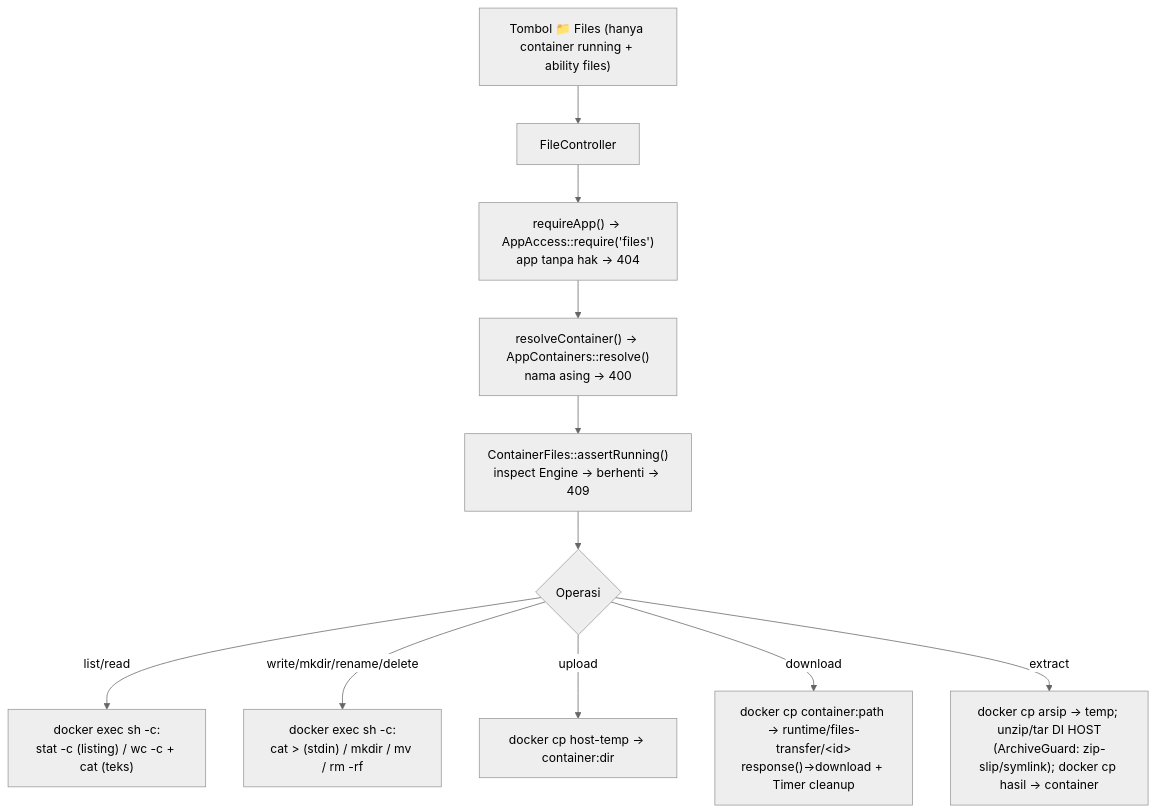
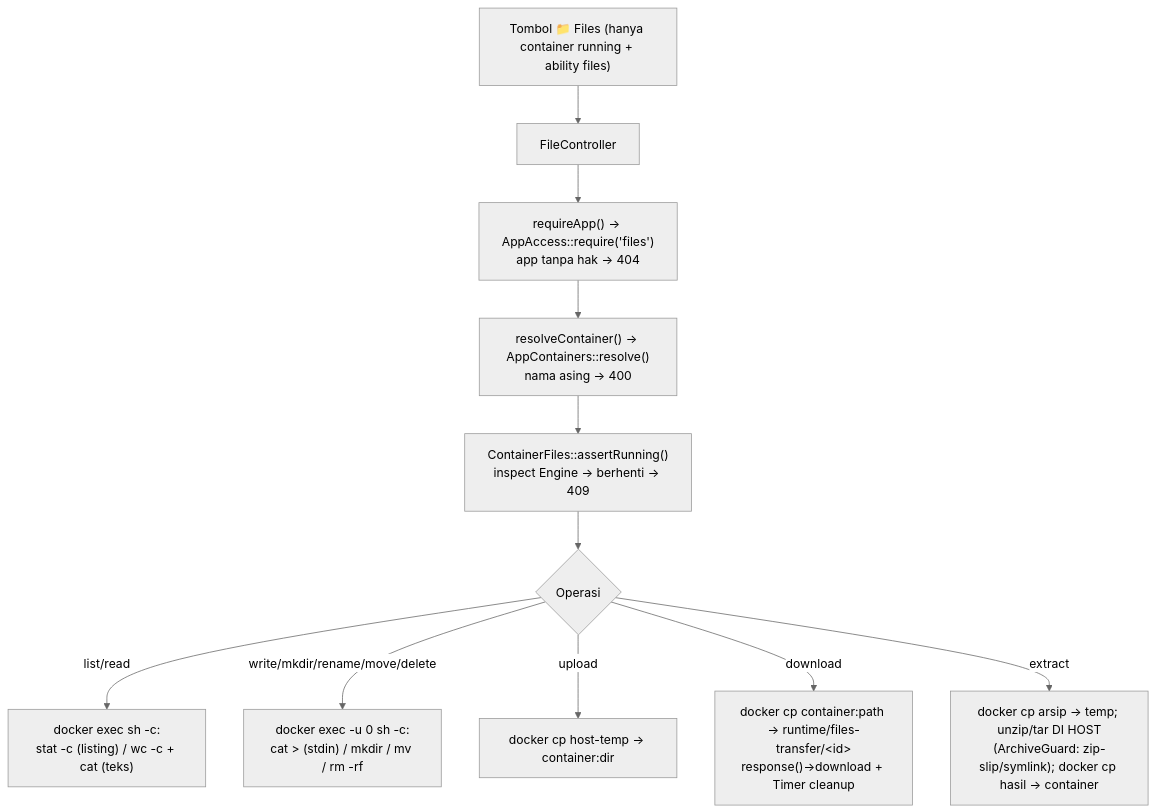
Before and after one commit to yllumi/rames: the sixth of 7 diagrams in ARCHITECTURE.md, drawn with Mermaid (neutral theme). The commit also changed other lines of this file and 39 other files, not shown here.

````diff
--- a/ARCHITECTURE.md
+++ b/ARCHITECTURE.md
@@ -666,13 +690,13 @@
 ```mermaid
 flowchart TD
     B["Tombol 📁 Files (hanya container running + ability files)"] --> C[FileController]
     C --> R["requireApp() → AppAccess::require('files')<br/>app tanpa hak → 404"]
     R --> RC["resolveContainer() → AppContainers::resolve()<br/>nama asing → 400"]
     RC --> G["ContainerFiles::assertRunning()<br/>inspect Engine → berhenti → 409"]
     G --> OP{Operasi}
     OP -- list/read --> E1["docker exec sh -c:<br/>stat -c (listing) / wc -c + cat (teks)"]
-    OP -- write/mkdir/rename/delete --> E2["docker exec sh -c:<br/>cat &gt; (stdin) / mkdir / mv / rm -rf"]
+    OP -- write/mkdir/rename/move/delete --> E2["docker exec -u 0 sh -c:<br/>cat &gt; (stdin) / mkdir / mv / rm -rf"]
     OP -- upload --> T1["docker cp host-temp → container:dir"]
     OP -- download --> T2["docker cp container:path → runtime/files-transfer/&lt;id&gt;<br/>response()->download + Timer cleanup"]
     OP -- extract --> T3["docker cp arsip → temp; unzip/tar DI HOST<br/>(ArchiveGuard: zip-slip/symlink); docker cp hasil → container"]
 ```
````
